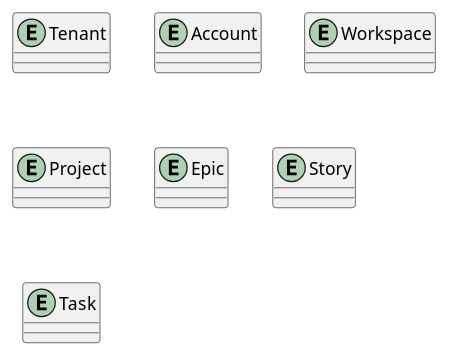
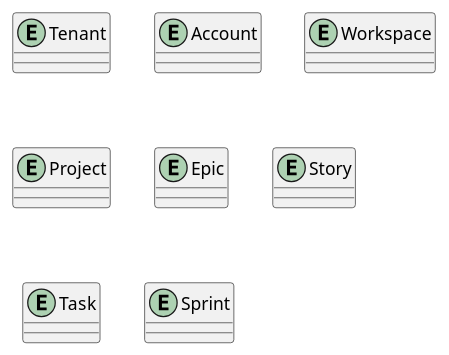
Before and after one commit to jairokoning/sprint_manager_uml: the diagram in entities.plantuml, drawn with PlantUML.

Commit message:
feat: add entity sprint

```diff
--- a/entities.plantuml
+++ b/entities.plantuml
@@ -1,11 +1,12 @@
 @startuml "entities"
 
 entity Tenant {}
 entity Account {}
 entity Workspace {}
 entity Project {}
 entity Epic {}
 entity Story {}
 entity Task {}
+entity Sprint {}
 
 @enduml
```
